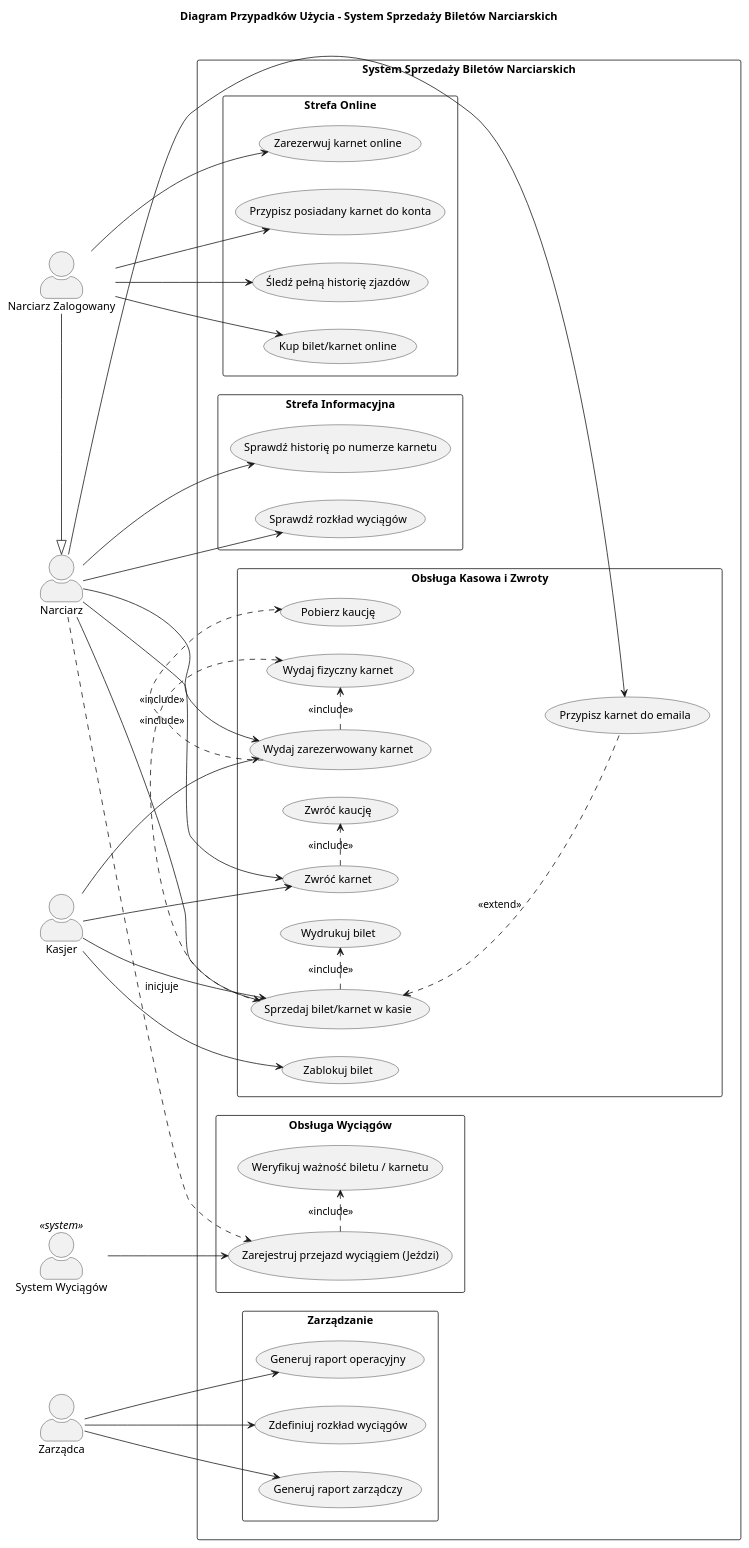
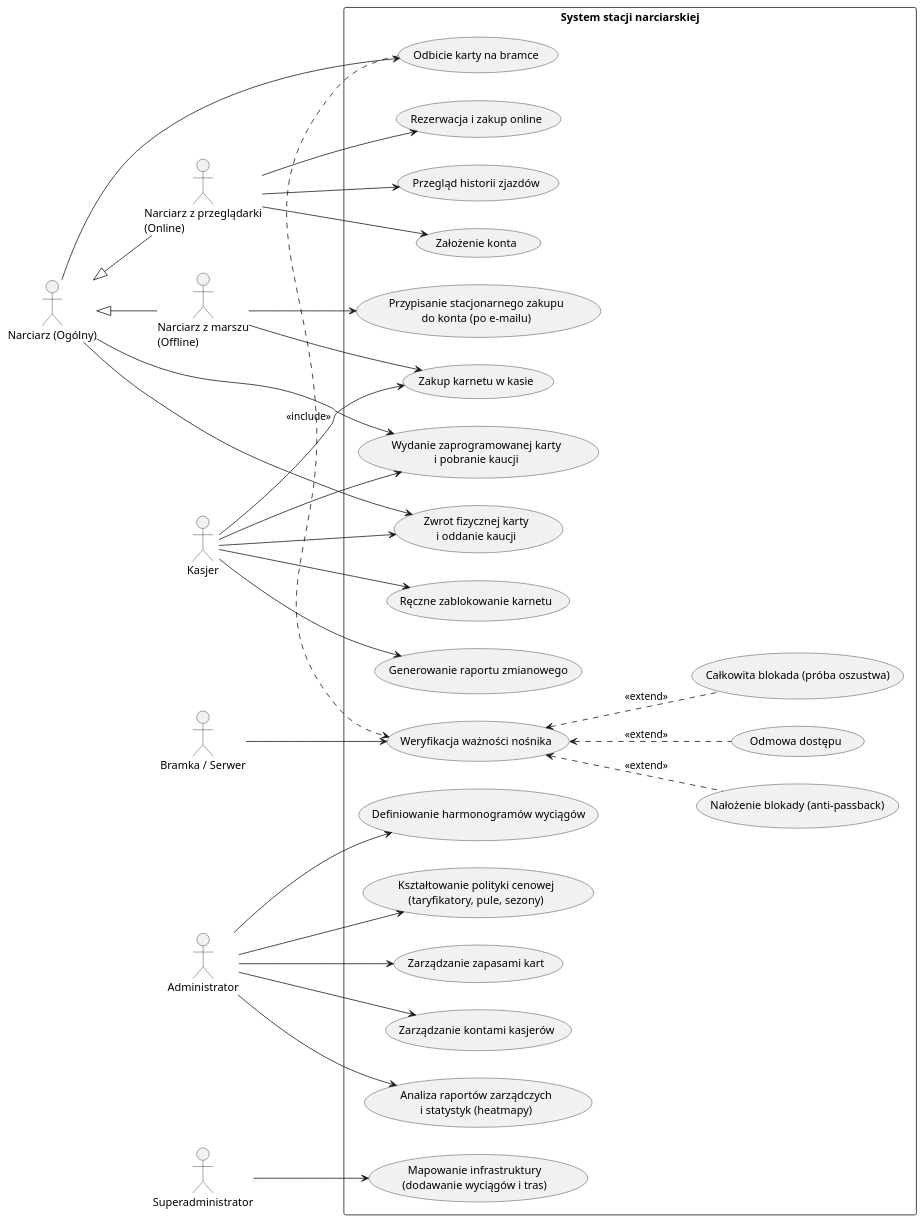
The diagram in Dokumentacja/diagram_przypadkow_uzycia.puml (taf4you2/2026_TAB_7_WEGLORZ), drawn with PlantUML before and after one commit. The commit also changed 1 other file, not shown here.

Commit message:
przerobiono diagram przypadków użycia

```diff
--- a/Dokumentacja/diagram_przypadkow_uzycia.puml
+++ b/Dokumentacja/diagram_przypadkow_uzycia.puml
@@ -1,98 +1,90 @@
 @startuml diagram_przypadkow_uzycia
-title Diagram Przypadków Użycia – System Sprzedaży Biletów Narciarskich
+left to right direction
+skinparam packageStyle rectangle
 
-left to right direction
-skinparam actorStyle awesome
+' Definiuje aktorów systemu
+actor "Narciarz (Ogólny)" as Narciarz
+actor "Narciarz z przeglądarki\n(Online)" as NarciarzOnline
+actor "Narciarz z marszu\n(Offline)" as NarciarzOffline
 
-' Definiuje aktorów.
-actor "Narciarz Zalogowany" as NarciarzZalogowany
-actor "Narciarz" as Narciarz
-NarciarzZalogowany -|> Narciarz
+' Ustawia dziedziczenie ról narciarzy
+NarciarzOnline -up-|> Narciarz
+NarciarzOffline -up-|> Narciarz
 
 actor "Kasjer" as Kasjer
-actor "System Wyciągów" as SystemWyciagow <<system>>
-actor "Zarządca" as Zarzadca
+actor "Bramka / Serwer" as Bramka
+actor "Administrator" as Admin
+actor "Superadministrator" as SuperAdmin
 
-' Tworzy główny obszar systemu.
-rectangle "System Sprzedaży Biletów Narciarskich" {
-
-    ' Grupuje przypadki użycia strefy online.
-    rectangle "Strefa Online" {
-        usecase "Kup bilet/karnet online" as UC_KupOnline
-        usecase "Zarezerwuj karnet online" as UC_RezerwujOnline
-        usecase "Przypisz posiadany karnet do konta" as UC_PrzypiszKarnet
-        usecase "Śledź pełną historię zjazdów" as UC_HistoriaZalogowany
-    }
-
-    ' Grupuje ogólnodostępne przypadki użycia informacyjne.
-    rectangle "Strefa Informacyjna" {
-        usecase "Sprawdź historię po numerze karnetu" as UC_HistoriaNumer
-        usecase "Sprawdź rozkład wyciągów" as UC_Rozklad
-    }
-
-    ' Grupuje przypadki użycia związane z obsługą stacjonarną.
-    rectangle "Obsługa Kasowa i Zwroty" {
-        usecase "Sprzedaj bilet/karnet w kasie" as UC_SprzedazKasa
-        usecase "Wydaj zarezerwowany karnet" as UC_WydajZarezerwowany
-        usecase "Wydrukuj bilet" as UC_DrukujBilet
-        usecase "Wydaj fizyczny karnet" as UC_WydajKarnet
-        usecase "Pobierz kaucję" as UC_PobierzKaucje
-        usecase "Zablokuj bilet" as UC_Zablokuj
-        usecase "Przypisz karnet do emaila" as UC_PodajEmail
-        usecase "Zwróć karnet" as UC_ZwrocKarnet
-        usecase "Zwróć kaucję" as UC_ZwrocKaucje
-    }
-
-    ' Grupuje przypadki użycia integracji wyciągów.
-    rectangle "Obsługa Wyciągów" {
-        usecase "Zarejestruj przejazd wyciągiem (Jeździ)" as UC_Jazda
-        usecase "Weryfikuj ważność biletu / karnetu" as UC_Weryfikuj
-    }
-
-    ' Grupuje przypadki użycia zarządcze.
-    rectangle "Zarządzanie" {
-        usecase "Zdefiniuj rozkład wyciągów" as UC_ZdefiniujRozklad
-        usecase "Generuj raport zarządczy" as UC_RaportZarzadczy
-        usecase "Generuj raport operacyjny" as UC_RaportOperacyjny
-    }
+package "System stacji narciarskiej" {
+    
+    ' Przypadki użycia dla operacji online
+    usecase "Założenie konta" as UC_Konto
+    usecase "Rezerwacja i zakup online" as UC_KupOnline
+    usecase "Przegląd historii zjazdów" as UC_Historia
+    
+    ' Przypadki użycia dla operacji stacjonarnych
+    usecase "Zakup karnetu w kasie" as UC_KupKasa
+    usecase "Przypisanie stacjonarnego zakupu\ndo konta (po e-mailu)" as UC_Przypisz
+    
+    usecase "Wydanie zaprogramowanej karty\ni pobranie kaucji" as UC_WydanieKarty
+    usecase "Zwrot fizycznej karty\ni oddanie kaucji" as UC_ZwrotKarty
+    
+    ' Przypadki użycia dla operacji kasjerskich
+    usecase "Ręczne zablokowanie karnetu" as UC_BlokadaReczna
+    usecase "Generowanie raportu zmianowego" as UC_RaportZmianowy
+    
+    ' Przypadki użycia dla operacji na wyciągu (bramki)
+    usecase "Odbicie karty na bramce" as UC_Odbicie
+    usecase "Weryfikacja ważności nośnika" as UC_Weryfikacja
+    usecase "Nałożenie blokady (anti-passback)" as UC_AntiPassback
+    usecase "Odmowa dostępu" as UC_Odmowa
+    usecase "Całkowita blokada (próba oszustwa)" as UC_BlokadaOszustwo
+    
+    ' Przypadki użycia dla ról zarządczych
+    usecase "Definiowanie harmonogramów wyciągów" as UC_Harmonogram
+    usecase "Kształtowanie polityki cenowej\n(taryfikatory, pule, sezony)" as UC_Cenniki
+    usecase "Zarządzanie zapasami kart" as UC_PulaKart
+    usecase "Zarządzanie kontami kasjerów" as UC_KontaKasjerow
+    usecase "Analiza raportów zarządczych\ni statystyk (heatmapy)" as UC_RaportyAdmin
+    
+    usecase "Mapowanie infrastruktury\n(dodawanie wyciągów i tras)" as UC_Infrastruktura
 }
 
-' Przypisuje relacje Narciarza Zalogowanego.
-NarciarzZalogowany --> UC_KupOnline
-NarciarzZalogowany --> UC_RezerwujOnline
-NarciarzZalogowany --> UC_PrzypiszKarnet
-NarciarzZalogowany --> UC_HistoriaZalogowany
+' Łączy aktorów z przypadkami użycia (Narciarz)
+NarciarzOnline --> UC_Konto
+NarciarzOnline --> UC_KupOnline
+NarciarzOnline --> UC_Historia
 
-' Przypisuje relacje podstawowego Narciarza.
-Narciarz --> UC_SprzedazKasa
-Narciarz --> UC_WydajZarezerwowany
-Narciarz --> UC_HistoriaNumer
-Narciarz --> UC_Rozklad
-Narciarz --> UC_ZwrocKarnet
-Narciarz ..> UC_Jazda : inicjuje
-Narciarz --> UC_PodajEmail
+NarciarzOffline --> UC_KupKasa
+NarciarzOffline --> UC_Przypisz
 
-' Przypisuje relacje Kasjera.
-Kasjer --> UC_SprzedazKasa
-Kasjer --> UC_WydajZarezerwowany
-Kasjer --> UC_Zablokuj
-Kasjer --> UC_ZwrocKarnet
+Narciarz --> UC_WydanieKarty
+Narciarz --> UC_ZwrotKarty
+Narciarz --> UC_Odbicie
 
-' Przypisuje relacje Systemu Wyciągów.
-SystemWyciagow --> UC_Jazda
+' Łączy aktorów z przypadkami użycia (Kasjer)
+Kasjer --> UC_KupKasa
+Kasjer --> UC_WydanieKarty
+Kasjer --> UC_ZwrotKarty
+Kasjer --> UC_BlokadaReczna
+Kasjer --> UC_RaportZmianowy
 
-' Przypisuje relacje Zarządcy.
-Zarzadca --> UC_ZdefiniujRozklad
-Zarzadca --> UC_RaportZarzadczy
-Zarzadca --> UC_RaportOperacyjny
+' Łączy logikę bramek
+UC_Odbicie .> UC_Weryfikacja : <<include>>
+Bramka --> UC_Weryfikacja
 
-' Definiuje zależności include i extend.
-UC_SprzedazKasa .> UC_DrukujBilet : <<include>>
-UC_SprzedazKasa .> UC_WydajKarnet : <<include>>
-UC_WydajZarezerwowany .> UC_WydajKarnet : <<include>>
-UC_WydajZarezerwowany .> UC_PobierzKaucje : <<include>>
-UC_SprzedazKasa <.. UC_PodajEmail : <<extend>>
-UC_ZwrocKarnet .> UC_ZwrocKaucje : <<include>>
-UC_Jazda .> UC_Weryfikuj : <<include>>
+UC_Weryfikacja <.. UC_AntiPassback : <<extend>>
+UC_Weryfikacja <.. UC_Odmowa : <<extend>>
+UC_Weryfikacja <.. UC_BlokadaOszustwo : <<extend>>
+
+' Łączy role administracyjne
+Admin --> UC_Harmonogram
+Admin --> UC_Cenniki
+Admin --> UC_PulaKart
+Admin --> UC_KontaKasjerow
+Admin --> UC_RaportyAdmin
+
+SuperAdmin --> UC_Infrastruktura
 
 @enduml
```
